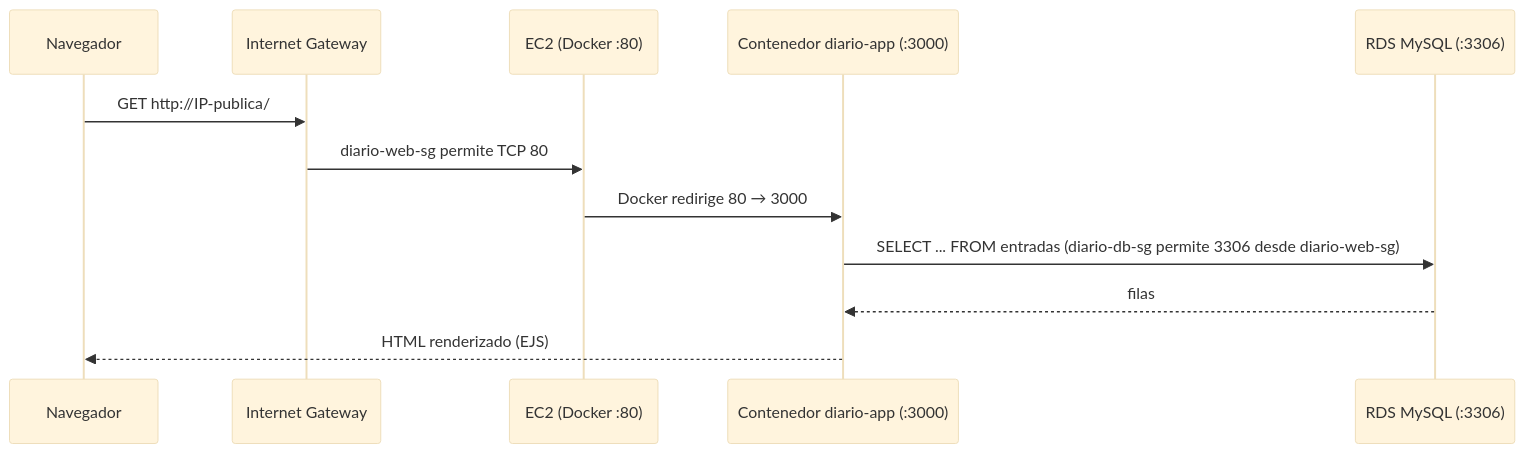
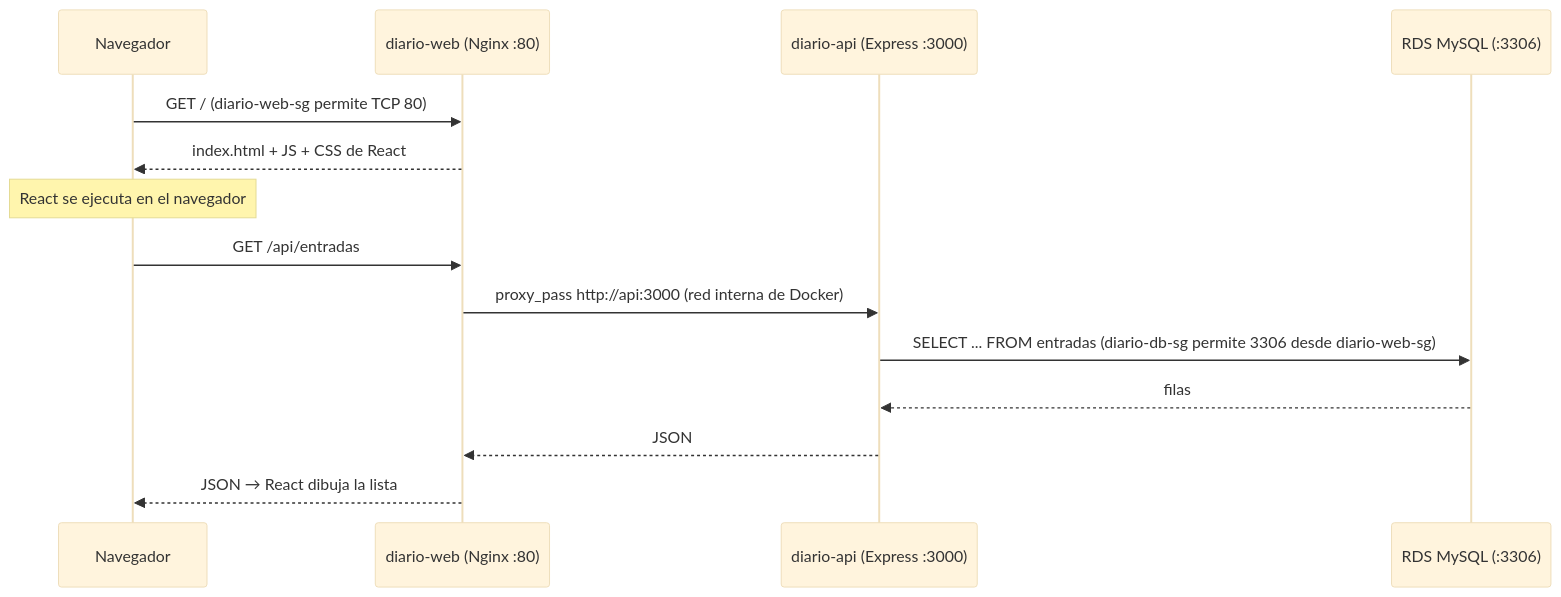
Before and after one commit to crissdav/despliegue-cloud: the second of 2 diagrams in docs/ARQUITECTURA.md, drawn with Mermaid (base theme). The commit also changed other lines of this file and 43 other files, not shown here.

Commit message:
feat: frontend en React + Vite servido por Nginx y backend como API REST

````diff
--- a/docs/ARQUITECTURA.md
+++ b/docs/ARQUITECTURA.md
@@ -154,14 +166,16 @@
 ```mermaid
 sequenceDiagram
     participant N as Navegador
-    participant I as Internet Gateway
-    participant E as EC2 (Docker :80)
-    participant C as Contenedor diario-app (:3000)
+    participant W as diario-web (Nginx :80)
+    participant A as diario-api (Express :3000)
     participant R as RDS MySQL (:3306)
-    N->>I: GET http://IP-publica/
-    I->>E: diario-web-sg permite TCP 80
-    E->>C: Docker redirige 80 → 3000
-    C->>R: SELECT ... FROM entradas (diario-db-sg permite 3306 desde diario-web-sg)
-    R-->>C: filas
-    C-->>N: HTML renderizado (EJS)
+    N->>W: GET / (diario-web-sg permite TCP 80)
+    W-->>N: index.html + JS + CSS de React
+    Note over N: React se ejecuta en el navegador
+    N->>W: GET /api/entradas
+    W->>A: proxy_pass http://api:3000 (red interna de Docker)
+    A->>R: SELECT ... FROM entradas (diario-db-sg permite 3306 desde diario-web-sg)
+    R-->>A: filas
+    A-->>W: JSON
+    W-->>N: JSON → React dibuja la lista
 ```
````
